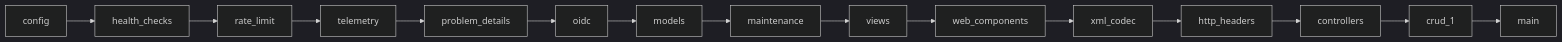
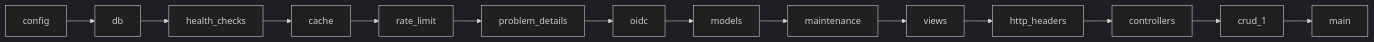
One commit to craftainer/template-fastapi changed the first of 2 diagrams in src/app/README.md. Above: the diagram before and after it, drawn with Mermaid (dark theme). The commit also changed other lines of this file and 164 other files, not shown here.

First line of the commit message:
feat: published crud/observability packages, 3.7x capacity, OpenTelemetry and deployment readiness (#42)

````diff
--- a/src/app/README.md
+++ b/src/app/README.md
@@ -111,7 +124,6 @@
 ```mermaid
 graph LR
-    config --> health_checks --> rate_limit --> telemetry
-    telemetry --> problem_details --> oidc --> models --> maintenance
-    maintenance --> views --> web_components --> xml_codec
-    xml_codec --> http_headers --> controllers --> crud_1 --> main
+    config --> db --> health_checks --> cache --> rate_limit --> problem_details
+    problem_details --> oidc --> models --> maintenance
+    maintenance --> views --> http_headers --> controllers --> crud_1 --> main
 ```
````
